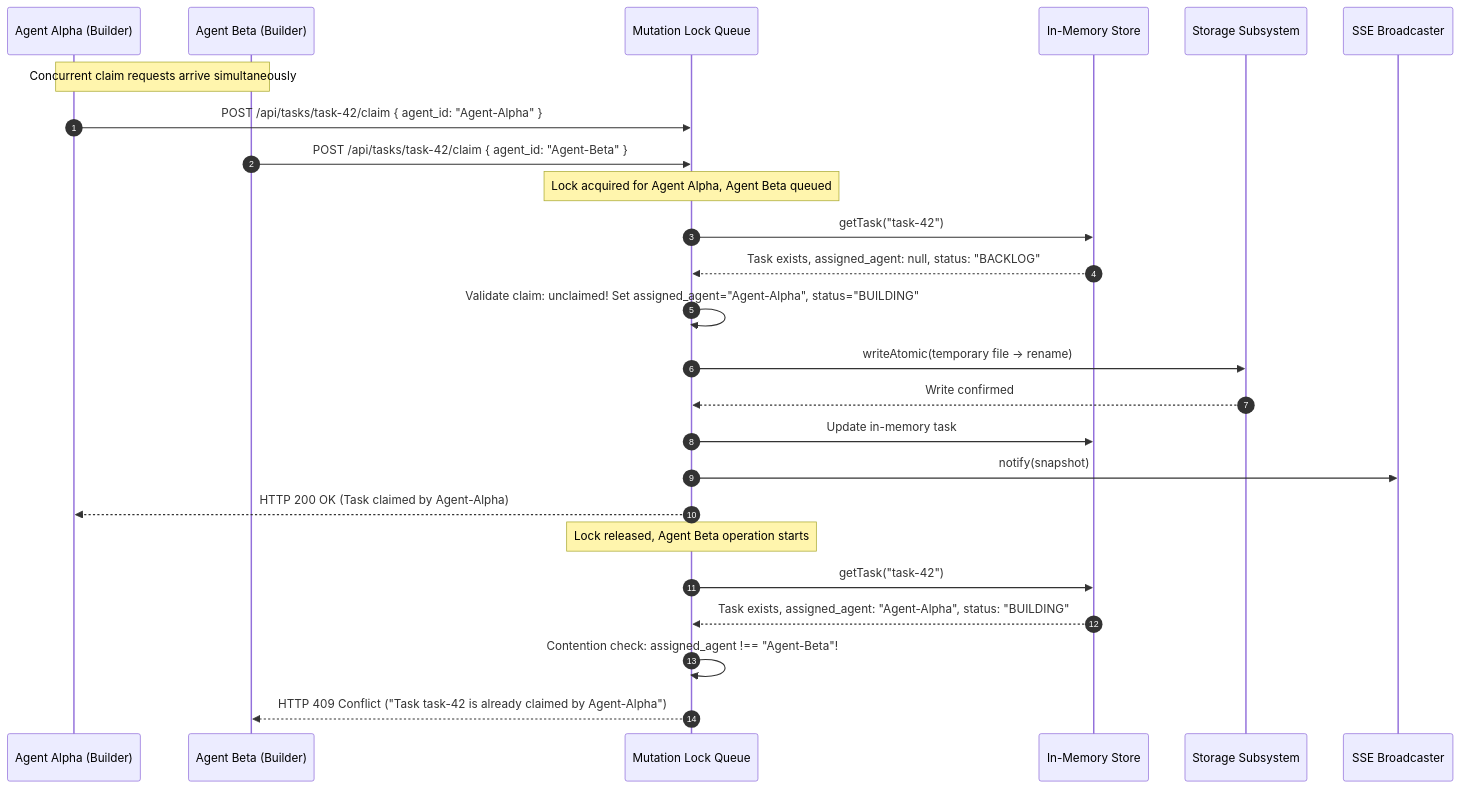
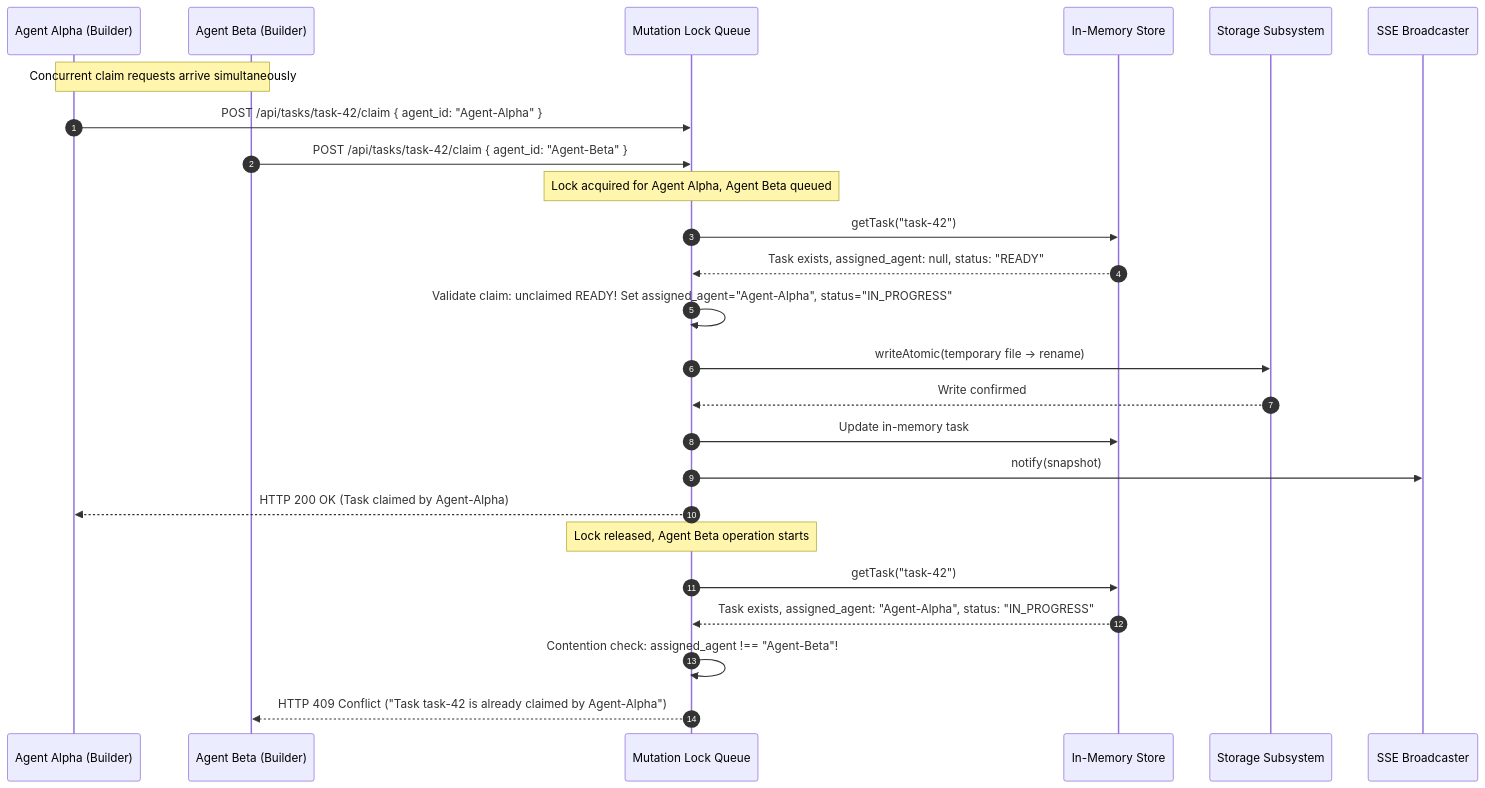
Before and after one commit to riazrahaman/agent-kanban-board: the third of 6 diagrams in docs/SYSTEM_DESIGN_AND_ARCHITECTURE.md, drawn with Mermaid. The commit also changed other lines of this file and 14 other files, not shown here.

````diff
--- a/docs/SYSTEM_DESIGN_AND_ARCHITECTURE.md
+++ b/docs/SYSTEM_DESIGN_AND_ARCHITECTURE.md
@@ -234,32 +254,32 @@
 ```mermaid
 sequenceDiagram
     autonumber
     participant AgentA as Agent Alpha (Builder)
     participant AgentB as Agent Beta (Builder)
     participant Queue as Mutation Lock Queue
     participant Store as In-Memory Store
     participant Disk as Storage Subsystem
     participant SSE as SSE Broadcaster
 
     Note over AgentA,AgentB: Concurrent claim requests arrive simultaneously
     AgentA->>Queue: POST /api/tasks/task-42/claim { agent_id: "Agent-Alpha" }
     AgentB->>Queue: POST /api/tasks/task-42/claim { agent_id: "Agent-Beta" }
 
     Note over Queue: Lock acquired for Agent Alpha, Agent Beta queued
     Queue->>Store: getTask("task-42")
-    Store-->>Queue: Task exists, assigned_agent: null, status: "BACKLOG"
+    Store-->>Queue: Task exists, assigned_agent: null, status: "READY"
     
-    Queue->>Queue: Validate claim: unclaimed! Set assigned_agent="Agent-Alpha", status="BUILDING"
+    Queue->>Queue: Validate claim: unclaimed READY! Set assigned_agent="Agent-Alpha", status="IN_PROGRESS"
     Queue->>Disk: writeAtomic(temporary file -> rename)
     Disk-->>Queue: Write confirmed
     Queue->>Store: Update in-memory task
     Queue->>SSE: notify(snapshot)
     Queue-->>AgentA: HTTP 200 OK (Task claimed by Agent-Alpha)
 
     Note over Queue: Lock released, Agent Beta operation starts
     Queue->>Store: getTask("task-42")
-    Store-->>Queue: Task exists, assigned_agent: "Agent-Alpha", status: "BUILDING"
+    Store-->>Queue: Task exists, assigned_agent: "Agent-Alpha", status: "IN_PROGRESS"
     
     Queue->>Queue: Contention check: assigned_agent !== "Agent-Beta"!
     Queue-->>AgentB: HTTP 409 Conflict ("Task task-42 is already claimed by Agent-Alpha")
 ```
````
